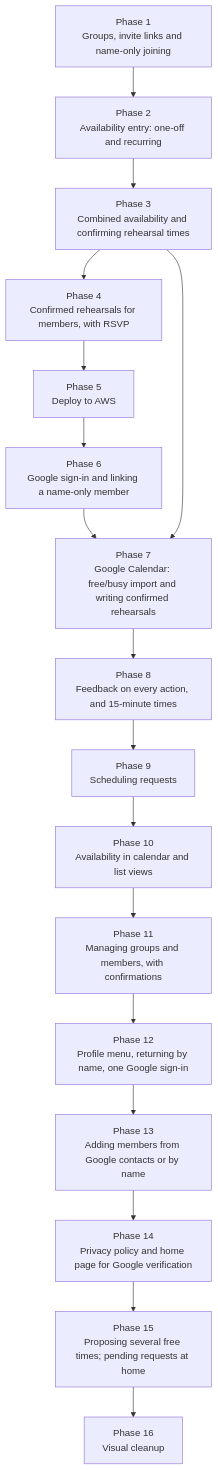
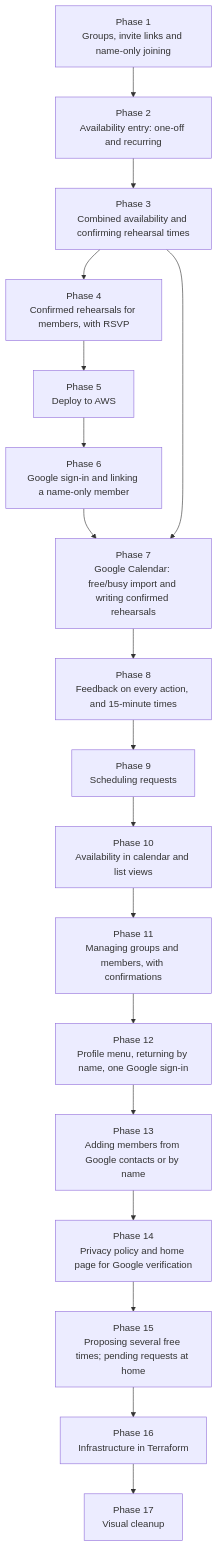
One commit to leifdalan/music-chairs changed the diagram in plan/INDEX.md. Above: the diagram before and after it, drawn with Mermaid. The commit also changed other lines of this file and 4 other files, not shown here.

First line of the commit message:
Plan Phase 16 (Terraform) before the visual cleanup; file the theme and verification actions

````diff
--- a/plan/INDEX.md
+++ b/plan/INDEX.md
@@ -27,22 +27,23 @@
 ```mermaid
 graph TD
     P1[Phase 1<br/>Groups, invite links and name-only joining]
     P2[Phase 2<br/>Availability entry: one-off and recurring]
     P3[Phase 3<br/>Combined availability and confirming rehearsal times]
     P4[Phase 4<br/>Confirmed rehearsals for members, with RSVP]
     P5[Phase 5<br/>Deploy to AWS]
     P6[Phase 6<br/>Google sign-in and linking a name-only member]
     P7[Phase 7<br/>Google Calendar: free/busy import and writing confirmed rehearsals]
     P8[Phase 8<br/>Feedback on every action, and 15-minute times]
     P9[Phase 9<br/>Scheduling requests]
     P10[Phase 10<br/>Availability in calendar and list views]
     P11[Phase 11<br/>Managing groups and members, with confirmations]
     P12[Phase 12<br/>Profile menu, returning by name, one Google sign-in]
     P13[Phase 13<br/>Adding members from Google contacts or by name]
     P14[Phase 14<br/>Privacy policy and home page for Google verification]
     P15[Phase 15<br/>Proposing several free times; pending requests at home]
-    P16[Phase 16<br/>Visual cleanup]
+    P16[Phase 16<br/>Infrastructure in Terraform]
+    P17[Phase 17<br/>Visual cleanup]
     P1 --> P2 --> P3 --> P4 --> P5 --> P6 --> P7
     P3 --> P7
-    P7 --> P8 --> P9 --> P10 --> P11 --> P12 --> P13 --> P14 --> P15 --> P16
+    P7 --> P8 --> P9 --> P10 --> P11 --> P12 --> P13 --> P14 --> P15 --> P16 --> P17
 ```
````
